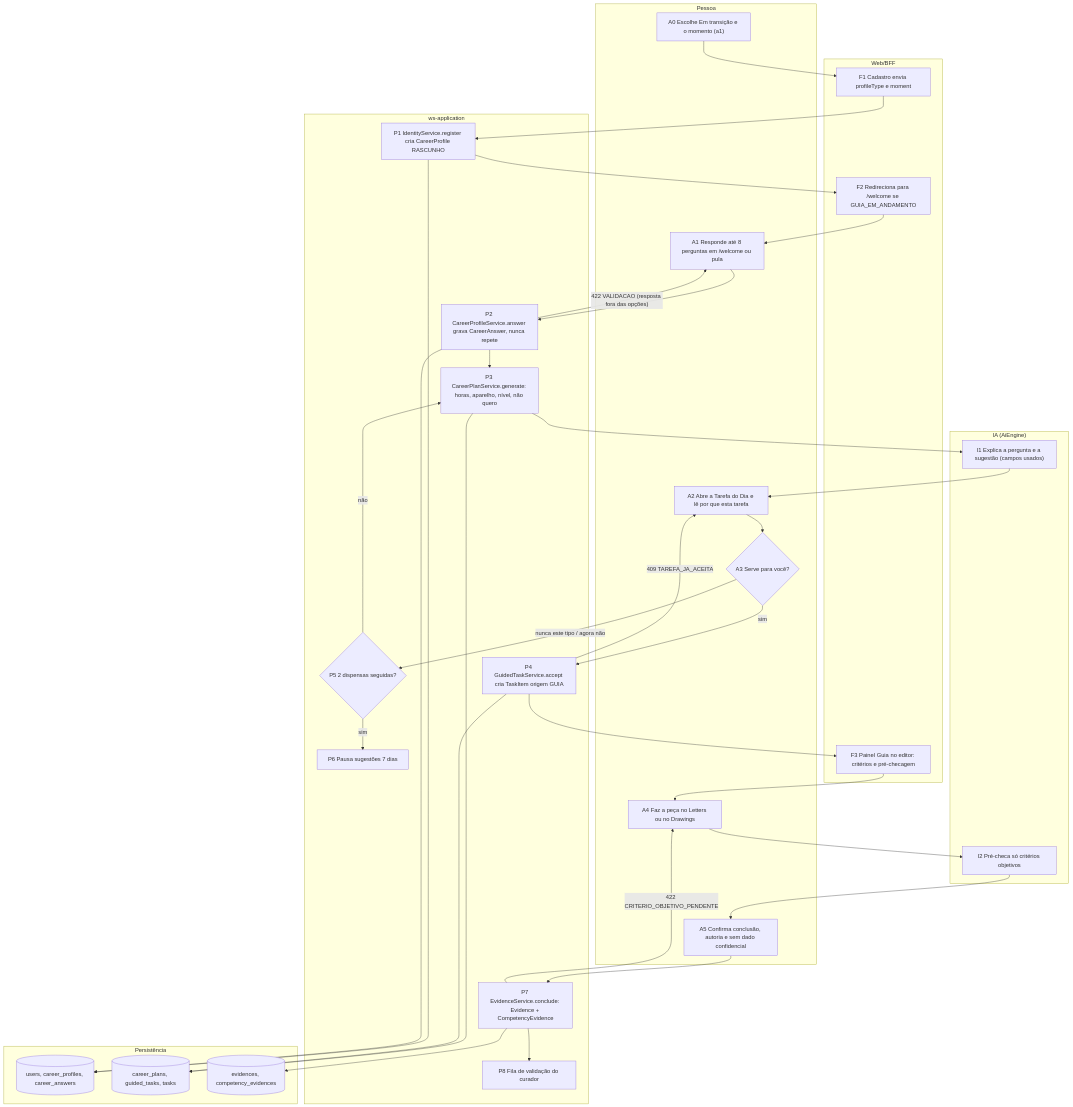
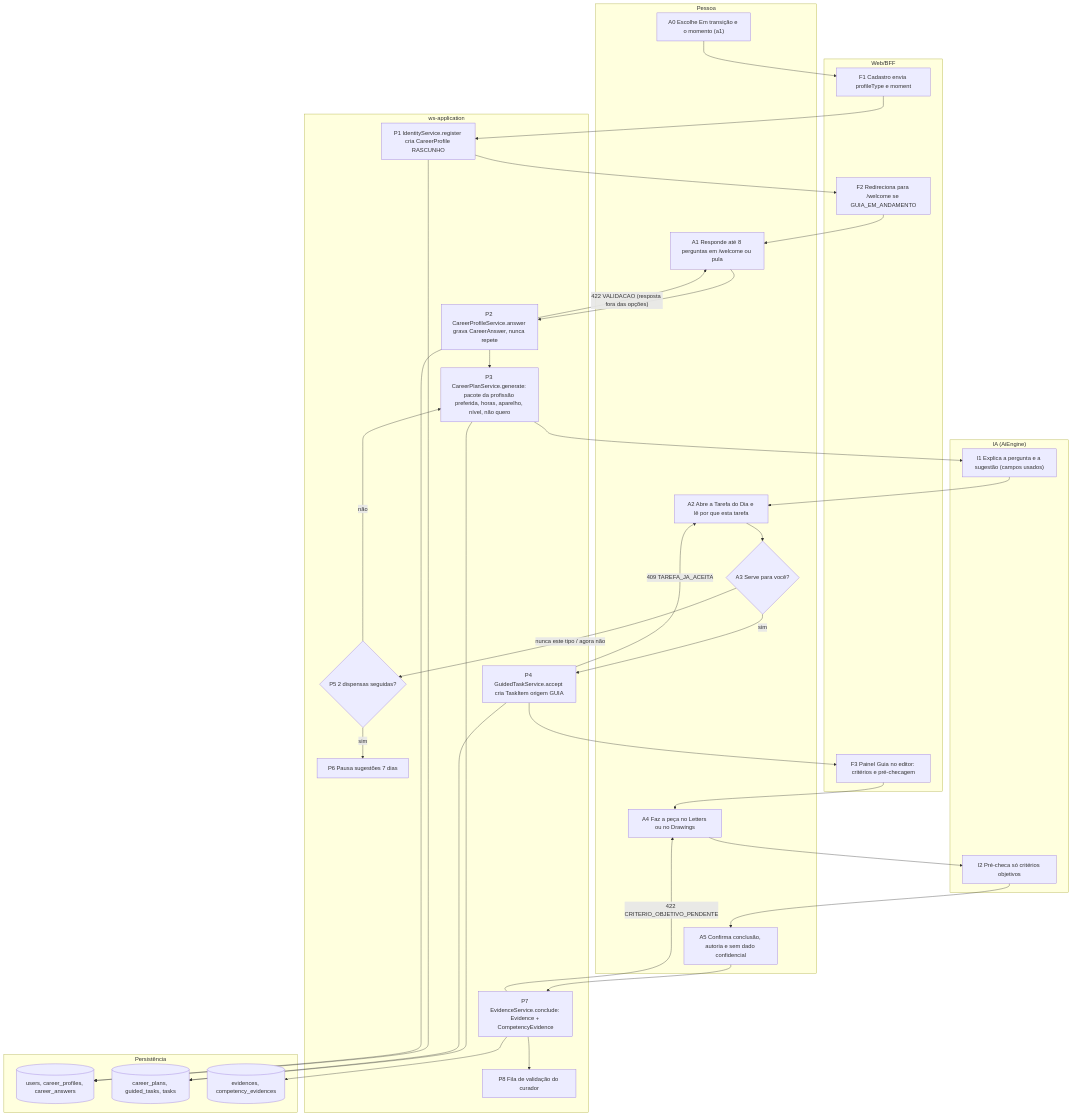
Before and after one commit to MatheusHaliski/Decia-app-2026: the third of 6 diagrams in docs/diagramas/RF75/README.md, drawn with Mermaid. The commit also changed other lines of this file and 4 other files, not shown here.

First line of the commit message:
docs(rf75): profissão preferida (CA19) e pacotes de domínio para RF50 e RF75

````diff
--- a/docs/diagramas/RF75/README.md
+++ b/docs/diagramas/RF75/README.md
@@ -261,48 +279,48 @@
 ```mermaid
 flowchart TD
   subgraph H["Pessoa"]
     A0["A0 Escolhe Em transição e o momento (a1)"]
     A1["A1 Responde até 8 perguntas em /welcome ou pula"]
     A2["A2 Abre a Tarefa do Dia e lê por que esta tarefa"]
     A3{"A3 Serve para você?"}
     A4["A4 Faz a peça no Letters ou no Drawings"]
     A5["A5 Confirma conclusão, autoria e sem dado confidencial"]
   end
   subgraph W["Web/BFF"]
     F1["F1 Cadastro envia profileType e moment"]
     F2["F2 Redireciona para /welcome se GUIA_EM_ANDAMENTO"]
     F3["F3 Painel Guia no editor: critérios e pré-checagem"]
   end
   subgraph S["ws-application"]
     P1["P1 IdentityService.register cria CareerProfile RASCUNHO"]
     P2["P2 CareerProfileService.answer grava CareerAnswer, nunca repete"]
-    P3["P3 CareerPlanService.generate: horas, aparelho, nível, não quero"]
+    P3["P3 CareerPlanService.generate: pacote da profissão preferida, horas, aparelho, nível, não quero"]
     P4["P4 GuidedTaskService.accept cria TaskItem origem GUIA"]
     P5{"P5 2 dispensas seguidas?"}
     P6["P6 Pausa sugestões 7 dias"]
     P7["P7 EvidenceService.conclude: Evidence + CompetencyEvidence"]
     P8["P8 Fila de validação do curador"]
   end
   subgraph I["IA (AiEngine)"]
     I1["I1 Explica a pergunta e a sugestão (campos usados)"]
     I2["I2 Pré-checa só critérios objetivos"]
   end
   subgraph D["Persistência"]
     D1[("users, career_profiles, career_answers")]
     D2[("career_plans, guided_tasks, tasks")]
     D3[("evidences, competency_evidences")]
   end
   A0 --> F1 --> P1 --> D1
   P1 --> F2 --> A1 --> P2 --> D1
   P2 --> P3 --> D2
   P3 --> I1 --> A2 --> A3
   A3 -- "nunca este tipo / agora não" --> P5
   P5 -- sim --> P6
   P5 -- não --> P3
   A3 -- sim --> P4 --> D2
   P4 --> F3 --> A4 --> I2 --> A5 --> P7 --> D3
   P7 --> P8
   P2 -- "422 VALIDACAO (resposta fora das opções)" --> A1
   P4 -- "409 TAREFA_JA_ACEITA" --> A2
   P7 -- "422 CRITERIO_OBJETIVO_PENDENTE" --> A4
 ```
````
